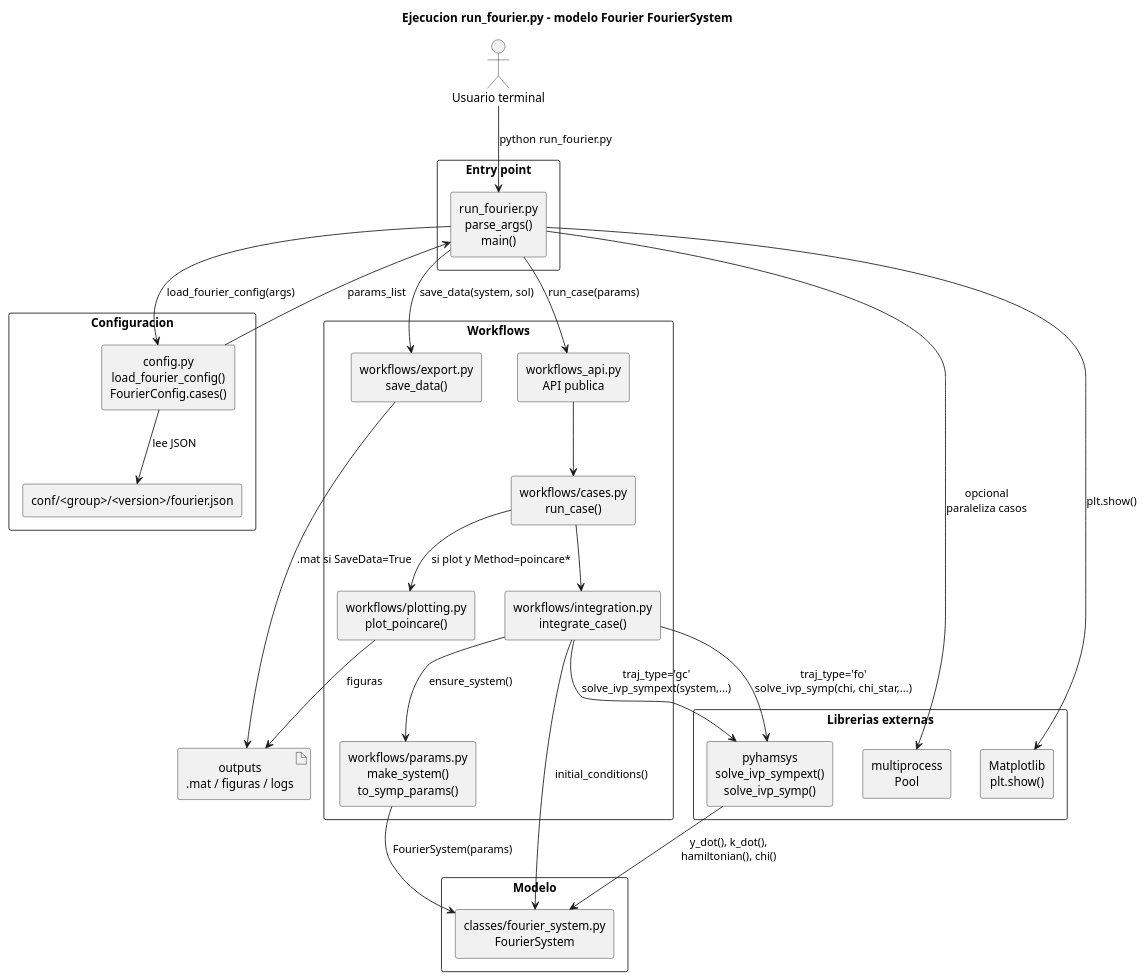
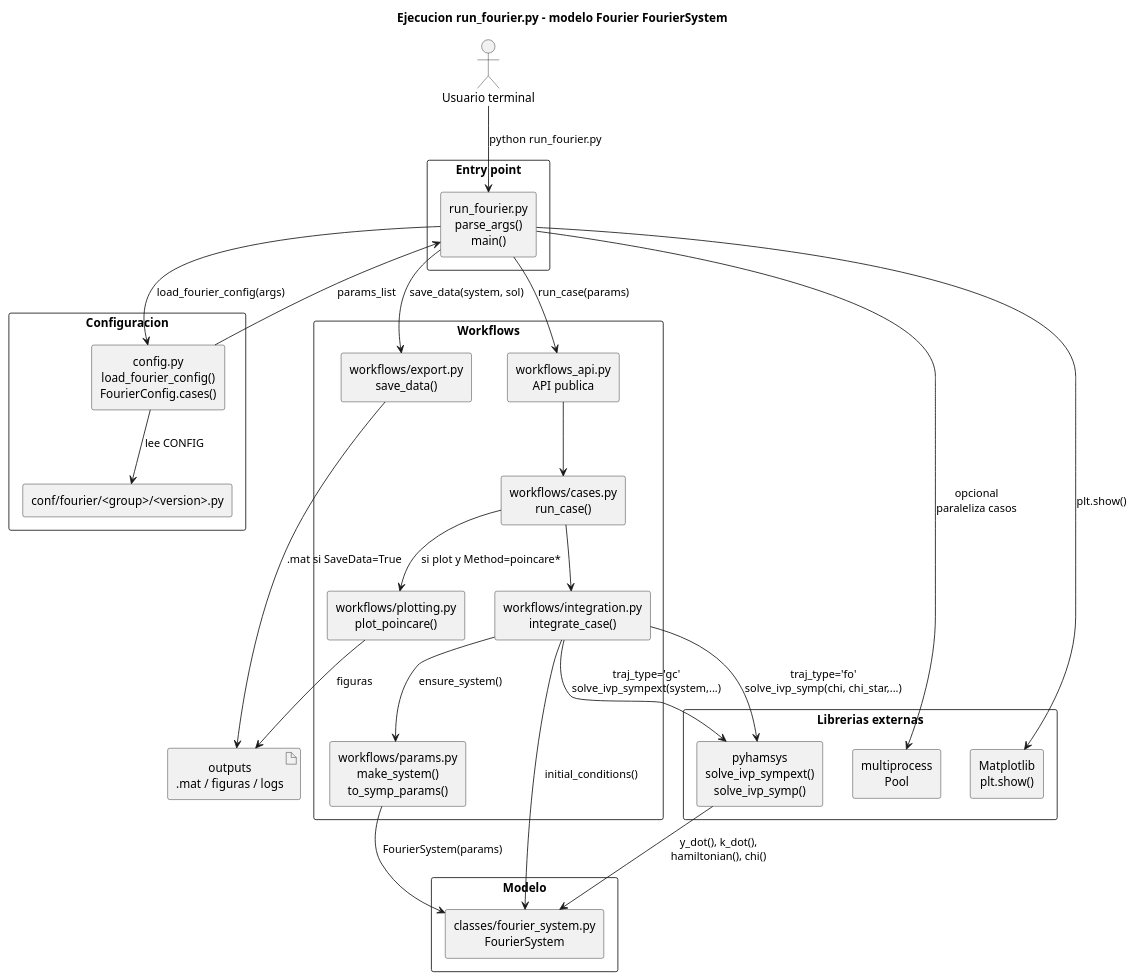
The diagram in docs/fourier_execution/flow.puml (Jugibe-52/GC2D_intranet), drawn with PlantUML before and after one commit. The commit also changed 23 other files, not shown here.

```diff
--- a/docs/fourier_execution/flow.puml
+++ b/docs/fourier_execution/flow.puml
@@ -1,64 +1,64 @@
 @startuml FourierSystem_execution_flow
 title Ejecucion run_fourier.py - modelo Fourier FourierSystem
 
 skinparam componentStyle rectangle
 skinparam shadowing false
 skinparam packageStyle rectangle
 skinparam defaultTextAlignment center
 
 actor "Usuario terminal" as user
 
 package "Entry point" {
   component "run_fourier.py\nparse_args()\nmain()" as cli
 }
 
 package "Configuracion" {
-  component "conf/<group>/<version>/fourier.json" as json
+  component "conf/fourier/<group>/<version>.py" as json
   component "config.py\nload_fourier_config()\nFourierConfig.cases()" as config
 }
 
 package "Workflows" {
   component "workflows_api.py\nAPI publica" as api
   component "workflows/params.py\nmake_system()\nto_symp_params()" as params
   component "workflows/cases.py\nrun_case()" as cases
   component "workflows/integration.py\nintegrate_case()" as integration
   component "workflows/export.py\nsave_data()" as export
   component "workflows/plotting.py\nplot_poincare()" as plotting
 }
 
 package "Modelo" {
   component "classes/fourier_system.py\nFourierSystem" as fourier_system
 }
 
 package "Librerias externas" {
   component "pyhamsys\nsolve_ivp_sympext()\nsolve_ivp_symp()" as pyhamsys
   component "multiprocess\nPool" as mp
   component "Matplotlib\nplt.show()" as mpl
 }
 
 artifact "outputs\n.mat / figuras / logs" as outputs
 
 user --> cli : python run_fourier.py
 cli --> config : load_fourier_config(args)
-config --> json : lee JSON
+config --> json : lee CONFIG
 config --> cli : params_list
 
 cli --> mp : opcional\nparaleliza casos
 cli --> api : run_case(params)
 api --> cases
 cases --> integration
 integration --> params : ensure_system()
 params --> fourier_system : FourierSystem(params)
 integration --> fourier_system : initial_conditions()
 
 integration --> pyhamsys : traj_type='gc'\nsolve_ivp_sympext(system,...)
 integration --> pyhamsys : traj_type='fo'\nsolve_ivp_symp(chi, chi_star,...)
 pyhamsys --> fourier_system : y_dot(), k_dot(),\nhamiltonian(), chi()
 
 cases --> plotting : si plot y Method=poincare*
 cli --> export : save_data(system, sol)
 export --> outputs : .mat si SaveData=True
 plotting --> outputs : figuras
 cli --> mpl : plt.show()
 
 @enduml
```
